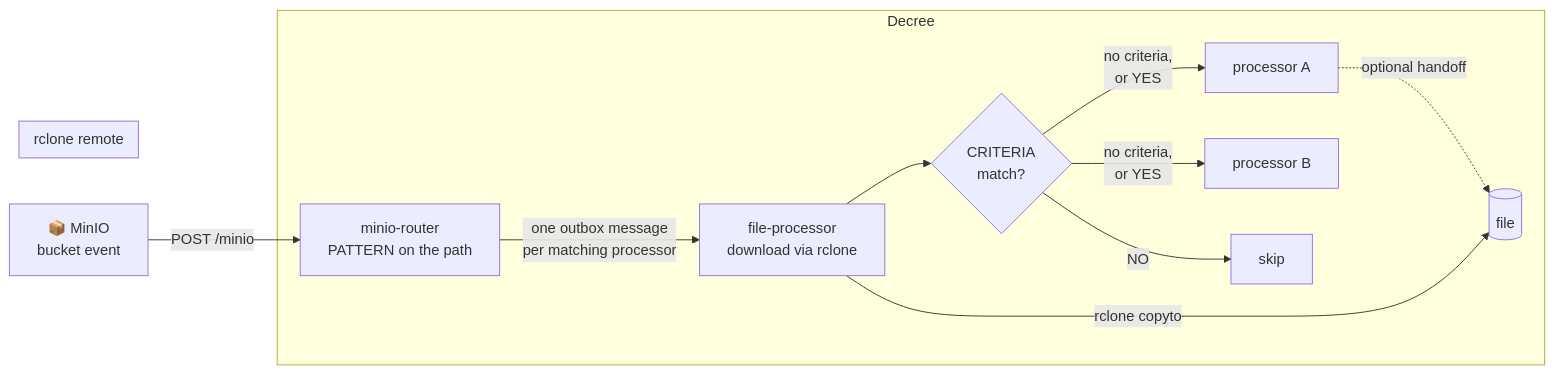
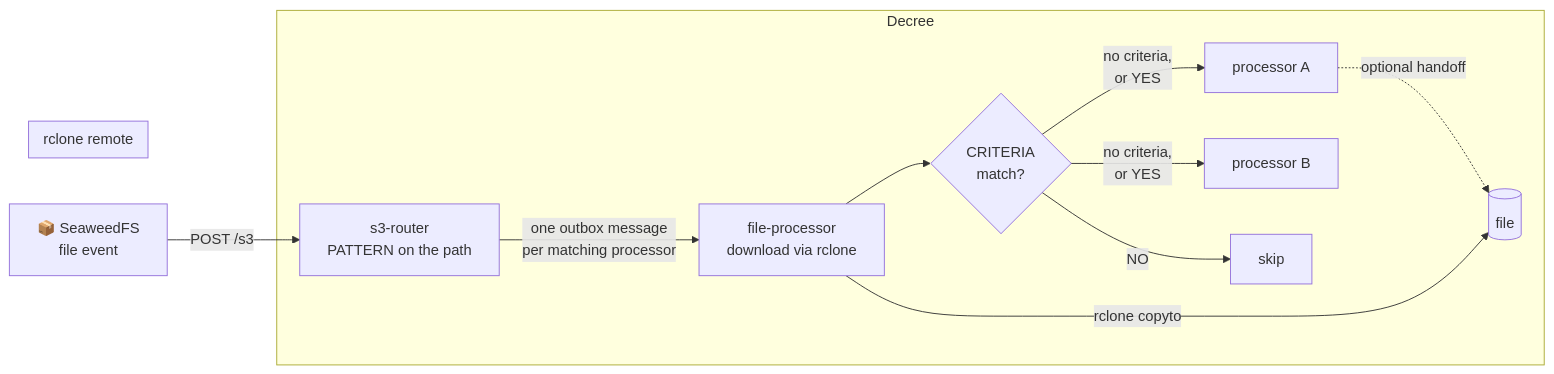
Before and after one commit to jtmckay/existential: the diagram in site/docs/decree/file-change-processing.md, drawn with Mermaid. The commit also changed other lines of this file and 113 other files, not shown here.

````diff
--- a/site/docs/decree/file-change-processing.md
+++ b/site/docs/decree/file-change-processing.md
@@ -18,25 +18,26 @@
 ```mermaid
 flowchart LR
-    A["📦 MinIO\nbucket event"] -->|POST /minio| B
+    A["📦 SeaweedFS
+file event"] -->|POST /s3| B
 
     subgraph decree["Decree"]
-        B["minio-router\nPATTERN on the path"]
+        B["s3-router\nPATTERN on the path"]
         C["file-processor\ndownload via rclone"]
         G{"CRITERIA\nmatch?"}
         D1["processor A"]
         D2["processor B"]
         E["agent-task\nopencode → hermes"]
         B -->|"one outbox message\nper matching processor"| C
         C --> G
         G -->|"no criteria,\nor YES"| D1
         G -->|"no criteria,\nor YES"| D2
         G -->|"NO"| X["skip"]
         D1 -.->|"optional handoff"| E
     end
 
     subgraph storage["rclone remote"]
         E[("file")]
     end
 
     C -->|"rclone copyto"| E
 ```
````
